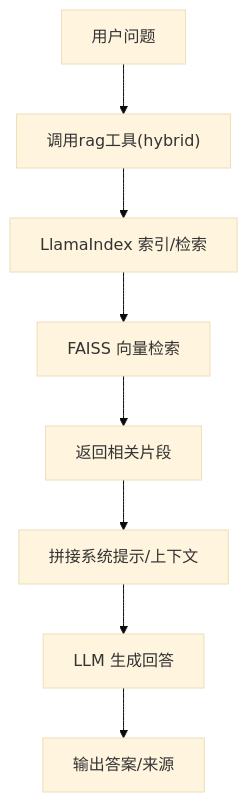
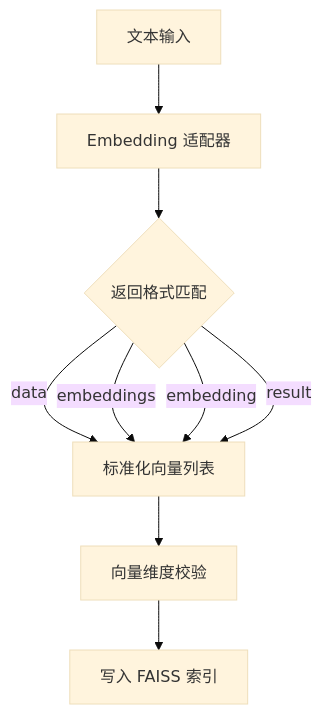
One commit to gongzili456/DeepTutor changed the sixth of 8 diagrams in .qoder/repowiki/zh/content/项目概述/技术栈概览.md. Above: the diagram before and after it, drawn with Mermaid (base theme). The commit also changed other lines of this file and 1242 other files, not shown here.

````diff
--- a/.qoder/repowiki/zh/content/项目概述/技术栈概览.md
+++ b/.qoder/repowiki/zh/content/项目概述/技术栈概览.md
@@ -252,10 +237,11 @@
 ```mermaid
 flowchart TD
-Q["用户问题"] --> Tool["调用rag工具(hybrid)"]
-Tool --> Index["LlamaIndex 索引/检索"]
-Index --> Vector["FAISS 向量检索"]
-Vector --> Context["返回相关片段"]
-Context --> Prompt["拼接系统提示/上下文"]
-Prompt --> LLM["LLM 生成回答"]
-LLM --> Output["输出答案/来源"]
+A["文本输入"] --> B["Embedding 适配器"]
+B --> C{"返回格式匹配"}
+C --> |data| D["标准化向量列表"]
+C --> |embeddings| D
+C --> |embedding| D
+C --> |result| D
+D --> E["向量维度校验"]
+E --> F["写入 FAISS 索引"]
 ```
````
